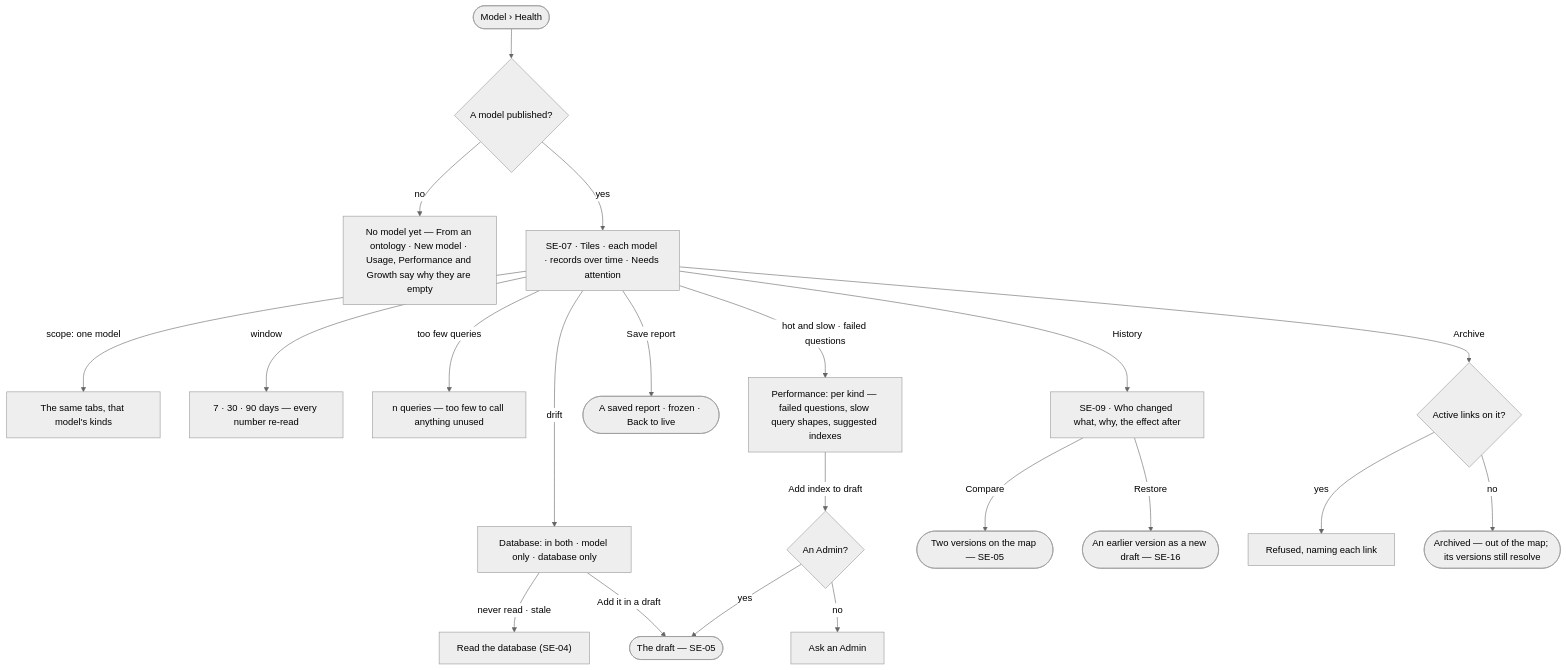
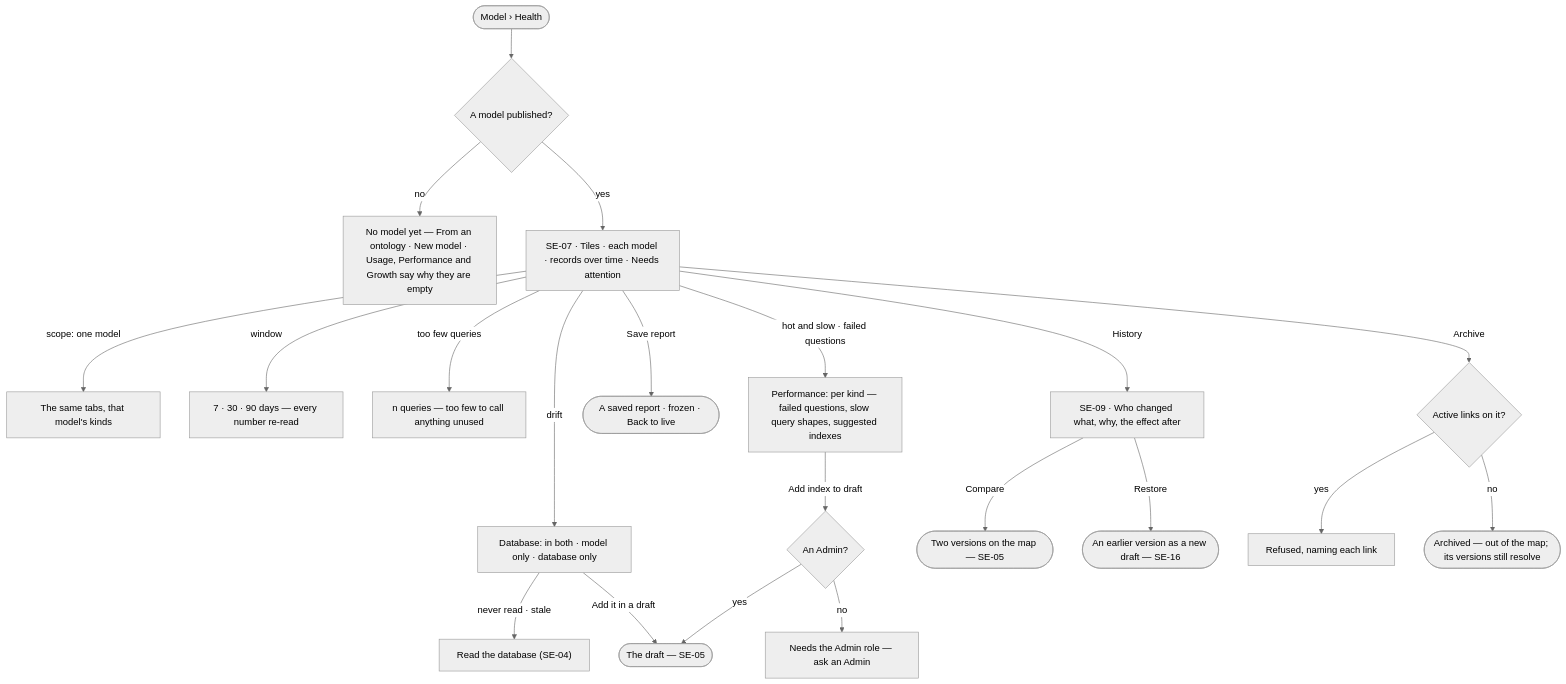
Before and after one commit to invana/invana: the diagram in specs/capabilities/semantics/features/SE-F10-health-and-history/feature.md, drawn with Mermaid (neutral theme). The commit also changed other lines of this file and 300 other files, not shown here.

````diff
--- a/specs/capabilities/semantics/features/SE-F10-health-and-history/feature.md
+++ b/specs/capabilities/semantics/features/SE-F10-health-and-history/feature.md
@@ -22,23 +22,23 @@
 ```mermaid
 flowchart TD
   start([Model › Health]) --> any{A model published?}
   any -->|no| none["No model yet — From an ontology · New model · Usage, Performance and Growth say why they are empty"]
   any -->|yes| h["SE-07 · Tiles · each model · records over time · Needs attention"]
   h -->|scope: one model| one["The same tabs, that model's kinds"]
   h -->|window| w["7 · 30 · 90 days — every number re-read"]
   h -->|too few queries| few["n queries — too few to call anything unused"]
   h -->|drift| db["Database: in both · model only · database only"]
   db -->|never read · stale| rd["Read the database (SE-04)"]
   db -->|Add it in a draft| draft(["The draft — SE-05"])
   h -->|hot and slow · failed questions| perf["Performance: per kind — failed questions, slow query shapes, suggested indexes"]
   perf -->|Add index to draft| may{An Admin?}
-  may -->|no| na["Ask an Admin"]
+  may -->|no| na["Needs the Admin role — ask an Admin"]
   may -->|yes| draft
   h -->|Save report| rep(["A saved report · frozen · Back to live"])
   h -->|History| hist["SE-09 · Who changed what, why, the effect after"]
   hist -->|Compare| cmp(["Two versions on the map — SE-05"])
   hist -->|Restore| rs(["An earlier version as a new draft — SE-16"])
   h -->|Archive| ar{Active links on it?}
   ar -->|yes| arr["Refused, naming each link"]
   ar -->|no| arch(["Archived — out of the map; its versions still resolve"])
 ```
````
